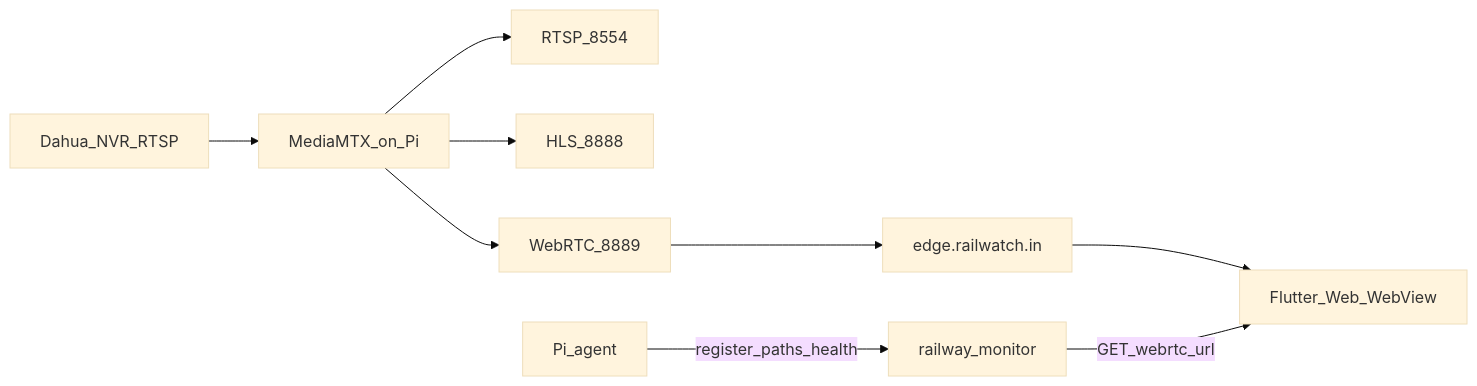
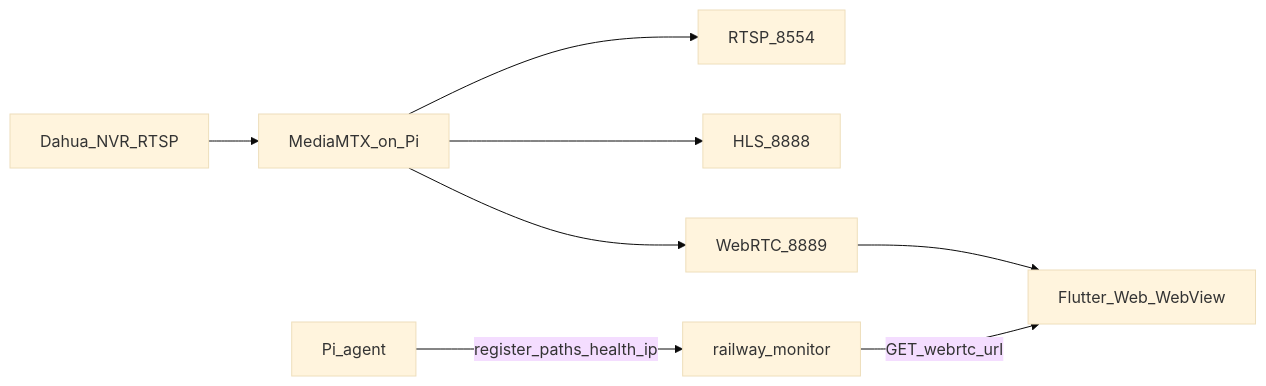
Before and after one commit to vikramsinhwork-source/pi-code: the diagram in docs/streaming-architecture-mediamtx.md, drawn with Mermaid (base theme). The commit also changed other lines of this file and 10 other files, not shown here.

Commit message:
update the flow

````diff
--- a/docs/streaming-architecture-mediamtx.md
+++ b/docs/streaming-architecture-mediamtx.md
@@ -7,11 +7,10 @@
 ```mermaid
 flowchart LR
   NVR[Dahua_NVR_RTSP] --> MTX[MediaMTX_on_Pi]
   MTX --> RTSP[RTSP_8554]
   MTX --> HLS[HLS_8888]
   MTX --> WebRTC[WebRTC_8889]
-  WebRTC --> Edge[edge.railwatch.in]
-  Edge --> Client[Flutter_Web_WebView]
+  WebRTC --> Client[Flutter_Web_WebView]
   Backend[railway_monitor] -->|GET_webrtc_url| Client
-  Agent[Pi_agent] -->|register_paths_health| Backend
+  Agent[Pi_agent] -->|register_paths_health_ip| Backend
 ```
````
